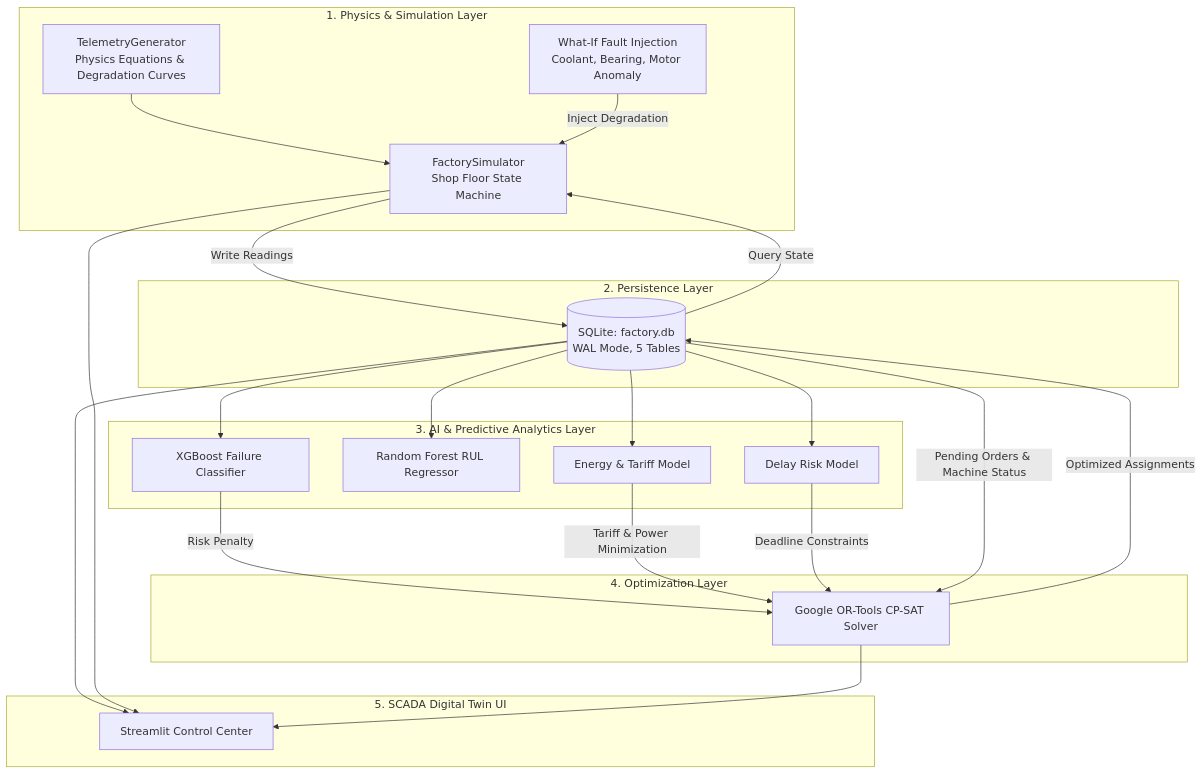
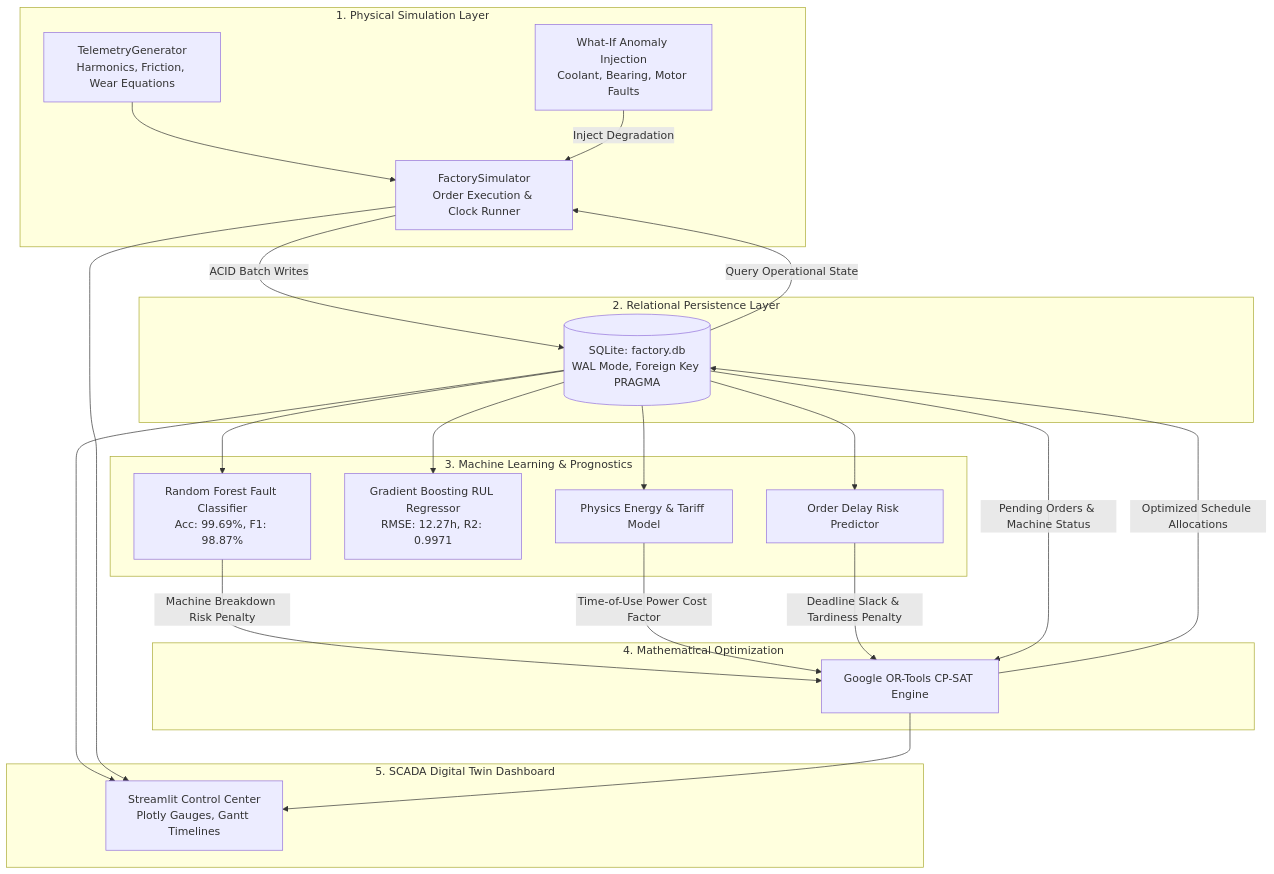
The first of 2 diagrams in PROJECT_REPORT.md (ramsaitanguturi/Smart-Factory-Production-Optimization), drawn with Mermaid before and after one commit. The commit also changed other lines of this file and 17 other files, not shown here.

````diff
--- a/PROJECT_REPORT.md
+++ b/PROJECT_REPORT.md
@@ -87,33 +82,33 @@
 ```mermaid
 graph TD
-    subgraph S1["1. Physics & Simulation Layer"]
-        GEN[TelemetryGenerator<br/>Physics Equations & Degradation Curves] --> SIM[FactorySimulator<br/>Shop Floor State Machine]
-        ANOM[What-If Fault Injection<br/>Coolant, Bearing, Motor Anomaly] -->|Inject Degradation| SIM
+    subgraph S1["1. Physical Simulation Layer"]
+        GEN[TelemetryGenerator<br/>Harmonics, Friction, Wear Equations] --> SIM[FactorySimulator<br/>Order Execution & Clock Runner]
+        ANOM[What-If Anomaly Injection<br/>Coolant, Bearing, Motor Faults] -->|Inject Degradation| SIM
     end
 
-    subgraph S2["2. Persistence Layer"]
-        SIM -->|Write Readings| DB[(SQLite: factory.db<br/>WAL Mode, 5 Tables)]
-        DB -->|Query State| SIM
+    subgraph S2["2. Relational Persistence Layer"]
+        SIM -->|ACID Batch Writes| DB[(SQLite: factory.db<br/>WAL Mode, Foreign Key PRAGMA)]
+        DB -->|Query Operational State| SIM
     end
 
-    subgraph S3["3. AI & Predictive Analytics Layer"]
-        DB --> PDM[XGBoost Failure Classifier]
-        DB --> RUL[Random Forest RUL Regressor]
-        DB --> ENG[Energy & Tariff Model]
-        DB --> DEL[Delay Risk Model]
+    subgraph S3["3. Machine Learning & Prognostics"]
+        DB --> CLF[Random Forest Fault Classifier<br/>Acc: 99.69%, F1: 98.87%]
+        DB --> REG[Gradient Boosting RUL Regressor<br/>RMSE: 12.27h, R2: 0.9971]
+        DB --> ENG[Physics Energy & Tariff Model]
+        DB --> DEL[Order Delay Risk Predictor]
     end
 
-    subgraph S4["4. Optimization Layer"]
-        PDM -->|Risk Penalty| OPT[Google OR-Tools CP-SAT Solver]
-        ENG -->|Tariff & Power Minimization| OPT
-        DEL -->|Deadline Constraints| OPT
+    subgraph S4["4. Mathematical Optimization"]
+        CLF -->|Machine Breakdown Risk Penalty| OPT[Google OR-Tools CP-SAT Engine]
+        ENG -->|Time-of-Use Power Cost Factor| OPT
+        DEL -->|Deadline Slack & Tardiness Penalty| OPT
         DB -->|Pending Orders & Machine Status| OPT
-        OPT -->|Optimized Assignments| DB
+        OPT -->|Optimized Schedule Allocations| DB
     end
 
-    subgraph S5["5. SCADA Digital Twin UI"]
-        DB --> UI[Streamlit Control Center]
+    subgraph S5["5. SCADA Digital Twin Dashboard"]
+        DB --> UI[Streamlit Control Center<br/>Plotly Gauges, Gantt Timelines]
         SIM --> UI
         OPT --> UI
     end
 ```
````
